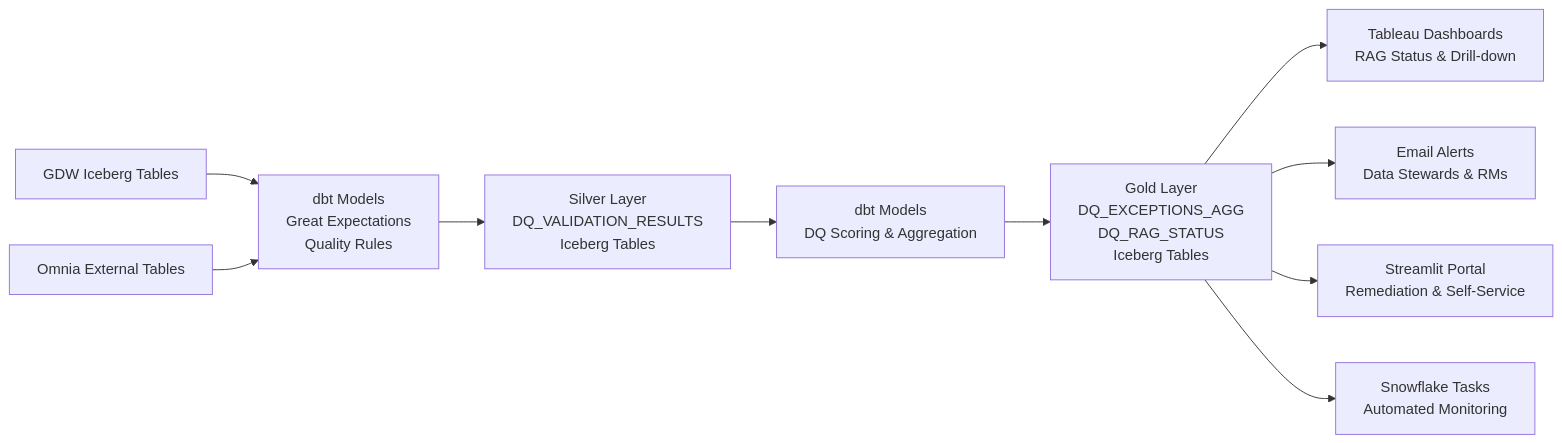
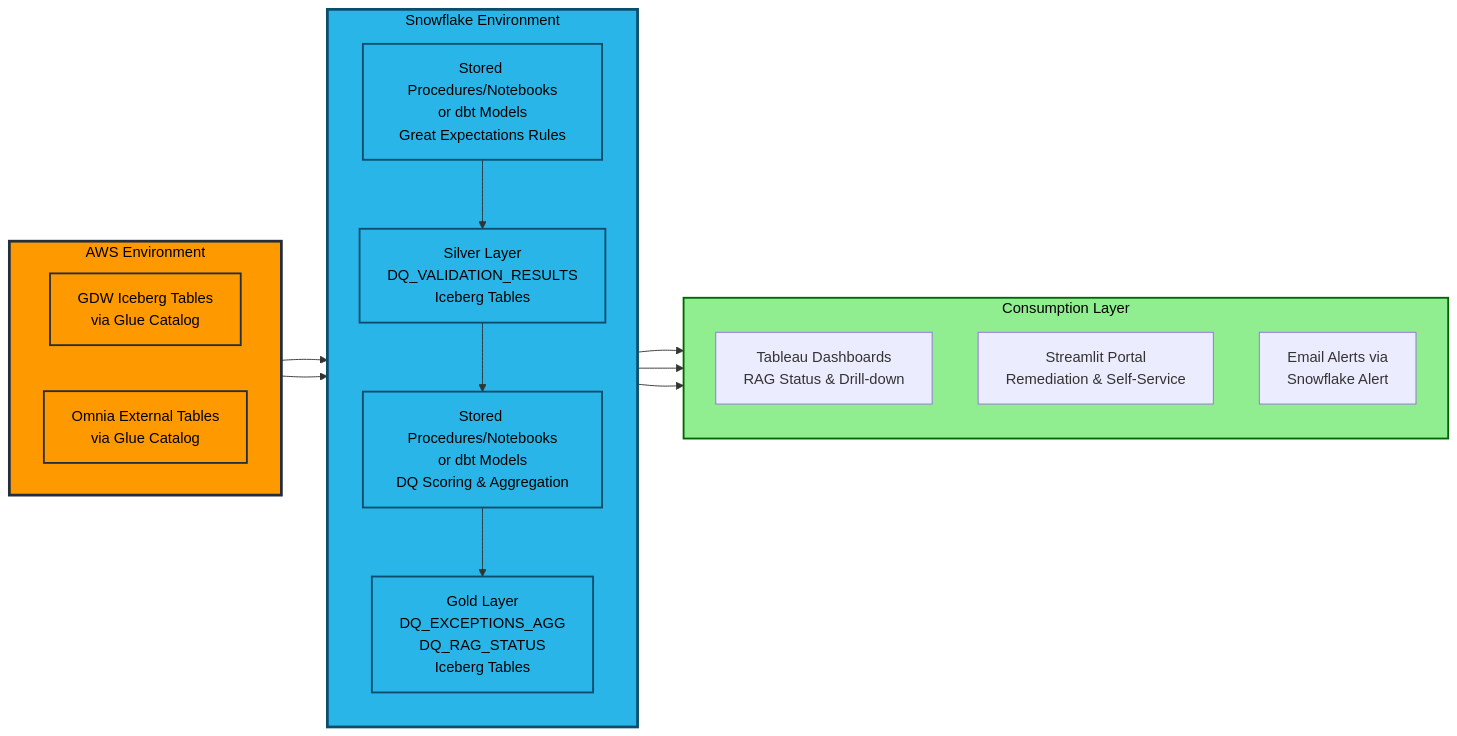
One commit to sfc-gh-mhindi/REPO_CBA changed diagram 22 of 22 in 15-BB-QPD Future State/QPD - Future State.md. Above: the diagram before and after it, drawn with Mermaid. The commit also changed other lines of this file, not shown here.

````diff
--- a/15-BB-QPD Future State/QPD - Future State.md
+++ b/15-BB-QPD Future State/QPD - Future State.md
@@ -1840,12 +1876,42 @@
 ```mermaid
 graph LR
-    GDW[GDW Iceberg Tables] --> DQ_Rules[dbt Models<br/>Great Expectations<br/>Quality Rules]
-    Omnia[Omnia External Tables] --> DQ_Rules
-    DQ_Rules --> Silver[Silver Layer<br/>DQ_VALIDATION_RESULTS<br/>Iceberg Tables]
-    Silver --> dbt_gold[dbt Models<br/>DQ Scoring & Aggregation]
-    dbt_gold --> Gold[Gold Layer<br/>DQ_EXCEPTIONS_AGG<br/>DQ_RAG_STATUS<br/>Iceberg Tables]
-    Gold --> Tableau[Tableau Dashboards<br/>RAG Status & Drill-down]
-    Gold --> Alerts[Email Alerts<br/>Data Stewards & RMs]
-    Gold --> Streamlit[Streamlit Portal<br/>Remediation & Self-Service]
-    Gold --> Tasks[Snowflake Tasks<br/>Automated Monitoring]
+    subgraph AWS["AWS Environment"]
+        direction LR
+        GDW[GDW Iceberg Tables<br/>via Glue Catalog]
+        Omnia[Omnia External Tables<br/>via Glue Catalog]
+    end
+    
+    subgraph Snowflake["Snowflake Environment"]
+        direction TB
+        DQ_Rules[Stored Procedures/Notebooks<br/>or dbt Models<br/>Great Expectations Rules]
+        Silver[Silver Layer<br/>DQ_VALIDATION_RESULTS<br/>Iceberg Tables]
+        Transform_Gold[Stored Procedures/Notebooks<br/>or dbt Models<br/>DQ Scoring & Aggregation]
+        Gold[Gold Layer<br/>DQ_EXCEPTIONS_AGG<br/>DQ_RAG_STATUS<br/>Iceberg Tables]
+    end
+    
+    subgraph Consumption["Consumption Layer"]
+        direction TB
+        Tableau[Tableau Dashboards<br/>RAG Status & Drill-down]
+        Streamlit[Streamlit Portal<br/>Remediation & Self-Service]
+        Alerts[Email Alerts via<br/>Snowflake Alert]
+    end
+    
+    GDW --> DQ_Rules
+    Omnia --> DQ_Rules
+    DQ_Rules --> Silver
+    Silver --> Transform_Gold
+    Transform_Gold --> Gold
+    Gold --> Tableau
+    Gold --> Streamlit
+    Gold --> Alerts
+    
+    style AWS fill:#ff9900,stroke:#232f3e,stroke-width:3px,color:#000
+    style Snowflake fill:#29b5e8,stroke:#0c4d6b,stroke-width:3px,color:#000
+    style Consumption fill:#90ee90,stroke:#006400,stroke-width:2px,color:#000
+    style GDW fill:#ff9900,stroke:#232f3e,stroke-width:2px,color:#000
+    style Omnia fill:#ff9900,stroke:#232f3e,stroke-width:2px,color:#000
+    style DQ_Rules fill:#29b5e8,stroke:#0c4d6b,stroke-width:2px,color:#000
+    style Silver fill:#29b5e8,stroke:#0c4d6b,stroke-width:2px,color:#000
+    style Transform_Gold fill:#29b5e8,stroke:#0c4d6b,stroke-width:2px,color:#000
+    style Gold fill:#29b5e8,stroke:#0c4d6b,stroke-width:2px,color:#000
 ```
````
